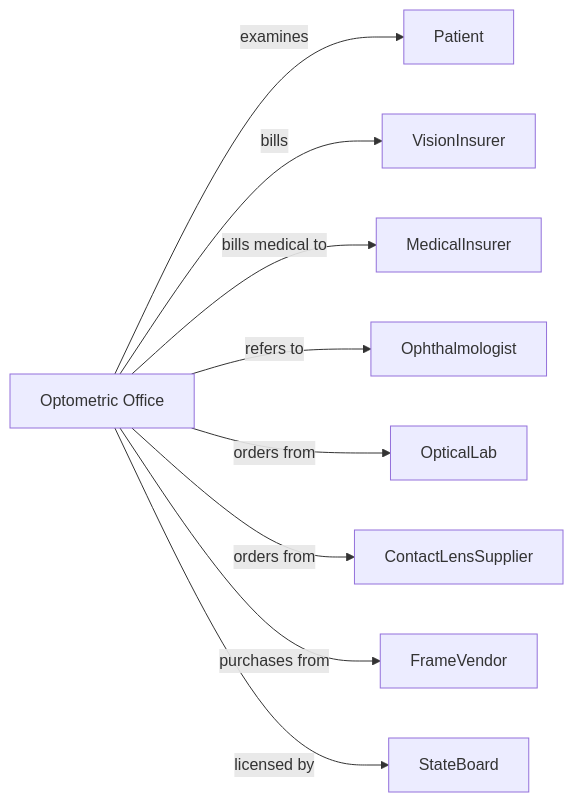
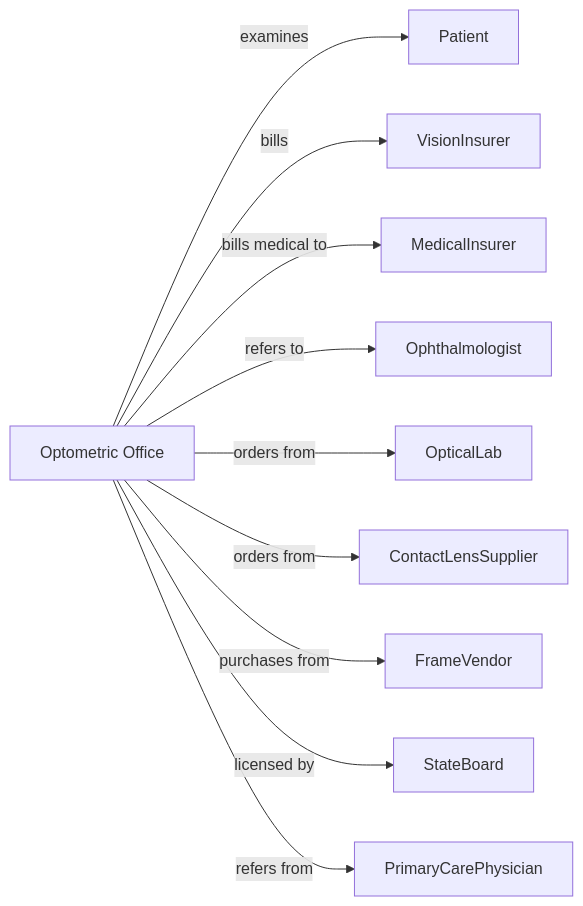
The second of 2 diagrams in HealthCare/AmbulatoryHealthCareServices/OfficesOfOtherHealthPractitioners/OfficesOfOptometrists.mdx (dot-org-ai/industries.org.ai), drawn with Mermaid before and after one commit. The commit also changed other lines of this file and 588 other files, not shown here.

````diff
--- a/HealthCare/AmbulatoryHealthCareServices/OfficesOfOtherHealthPractitioners/OfficesOfOptometrists.mdx
+++ b/HealthCare/AmbulatoryHealthCareServices/OfficesOfOtherHealthPractitioners/OfficesOfOptometrists.mdx
@@ -140,13 +140,14 @@
 ```mermaid
 graph LR
     O[Optometric Office]
 
     O -->|examines| Patient
     O -->|bills| VisionInsurer
     O -->|bills medical to| MedicalInsurer
     O -->|refers to| Ophthalmologist
     O -->|orders from| OpticalLab
     O -->|orders from| ContactLensSupplier
     O -->|purchases from| FrameVendor
     O -->|licensed by| StateBoard
+    O -->|refers from| PrimaryCarePhysician
 ```
````
